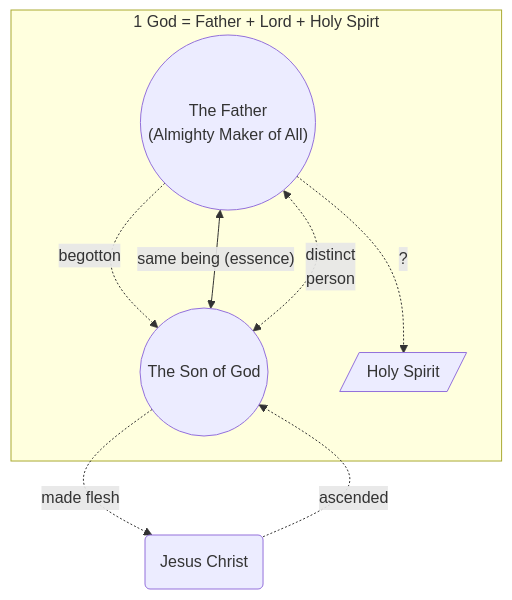
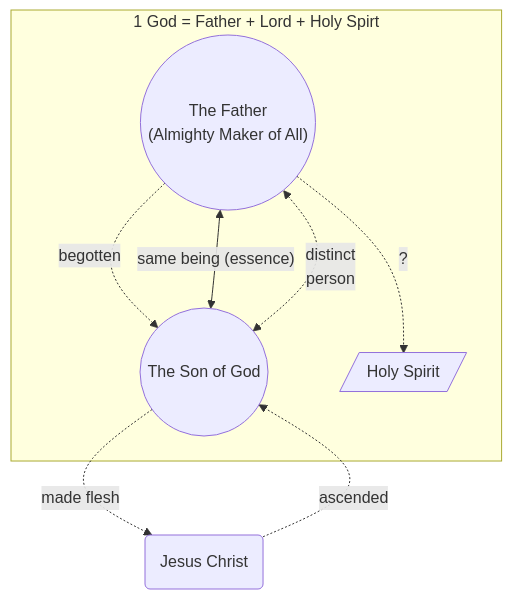
One commit to life-and-dev/son changed the sixth of 8 diagrams in trinity/development.md. Above: the diagram before and after it, drawn with Mermaid. The commit also changed other lines of this file, not shown here.

````diff
--- a/trinity/development.md
+++ b/trinity/development.md
@@ -233,11 +230,11 @@
 ```mermaid
 graph TD
     subgraph "1 God = Father + Lord + Holy Spirt"
-        Father(("The Father\n(Almighty Maker of All)")) -.-> |begotton| Son((The Son of God))
+        Father(("The Father\n(Almighty Maker of All)")) -.-> |begotten| Son((The Son of God))
         Father <-- "same being (essence)" --> Son
         Father <-.-> |distinct\nperson| Son
         Father -.-> |?| Spirit[/Holy Spirit/]
     end
     Son -.->|made flesh| Jesus(Jesus Christ)
     Jesus -.->|ascended| Son
 ```
````
